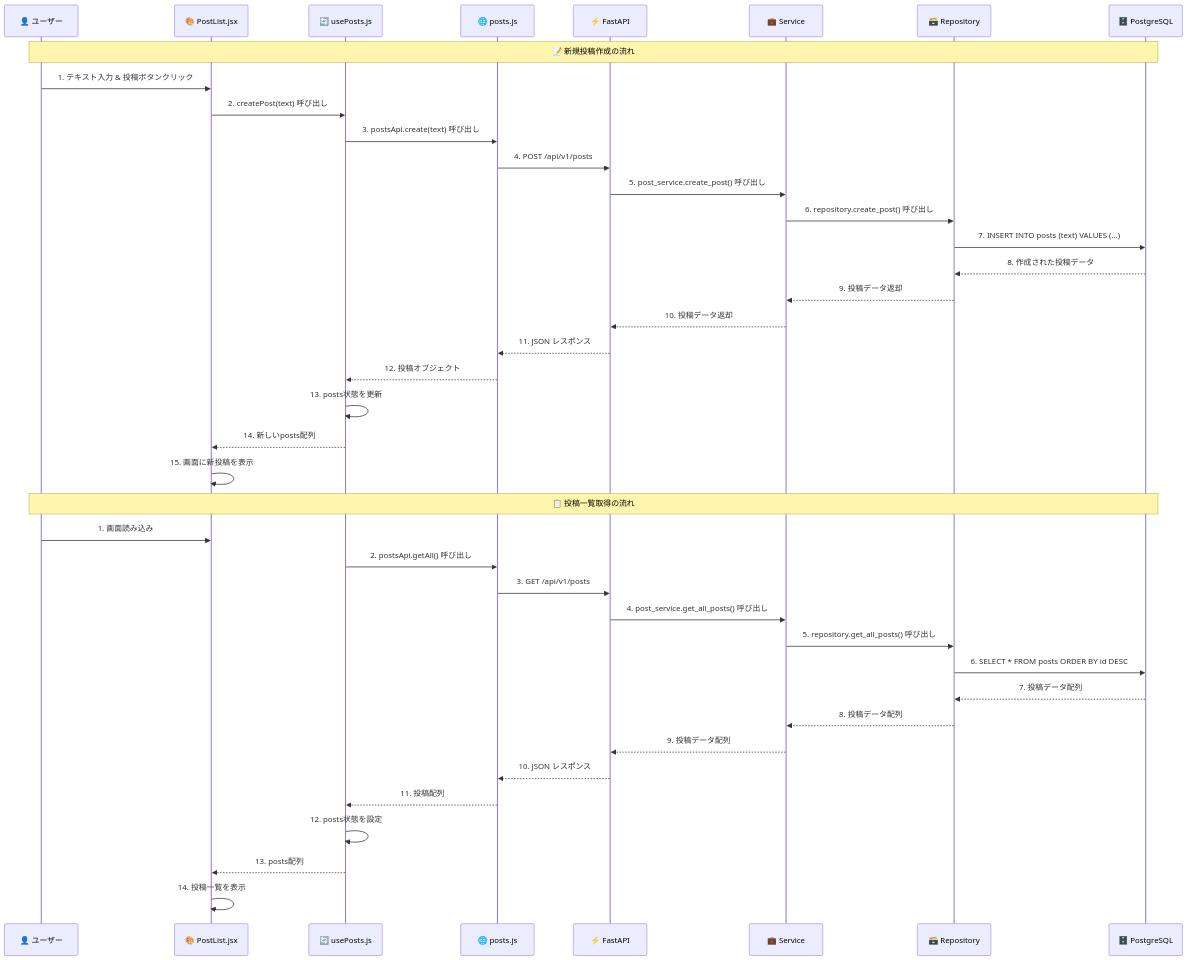
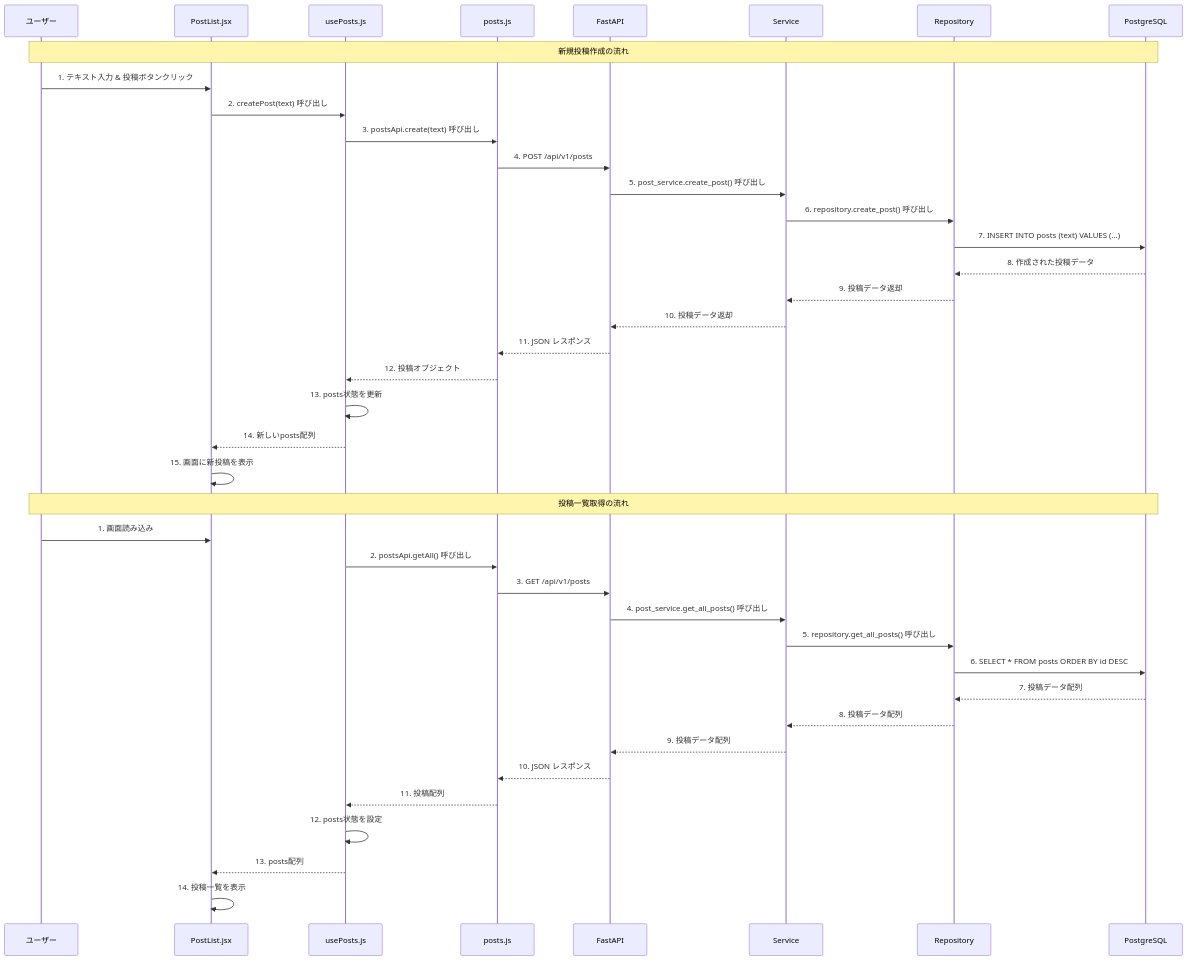
The third of 29 diagrams in lecture-materials.md (KITA-DS12/web-app-simple), drawn with Mermaid before and after one commit. The commit also changed other lines of this file, not shown here.

````diff
--- a/lecture-materials.md
+++ b/lecture-materials.md
@@ -170,46 +170,46 @@
 ```mermaid
 sequenceDiagram
-    participant U as 👤 ユーザー
-    participant UI as 🎨 PostList.jsx
-    participant H as 🔄 usePosts.js
-    participant A as 🌐 posts.js
-    participant F as ⚡ FastAPI
-    participant S as 💼 Service
-    participant R as 🗃️ Repository
-    participant D as 🗄️ PostgreSQL
+    participant U as ユーザー
+    participant UI as PostList.jsx
+    participant H as usePosts.js
+    participant A as posts.js
+    participant F as FastAPI
+    participant S as Service
+    participant R as Repository
+    participant D as PostgreSQL
 
-    Note over U,D: 📝 新規投稿作成の流れ
+    Note over U,D: 新規投稿作成の流れ
 
     U->>UI: 1. テキスト入力 & 投稿ボタンクリック
     UI->>H: 2. createPost(text) 呼び出し
     H->>A: 3. postsApi.create(text) 呼び出し
     A->>F: 4. POST /api/v1/posts
     F->>S: 5. post_service.create_post() 呼び出し
     S->>R: 6. repository.create_post() 呼び出し
     R->>D: 7. INSERT INTO posts (text) VALUES (...)
     D-->>R: 8. 作成された投稿データ
     R-->>S: 9. 投稿データ返却
     S-->>F: 10. 投稿データ返却
     F-->>A: 11. JSON レスポンス
     A-->>H: 12. 投稿オブジェクト
     H->>H: 13. posts状態を更新
     H-->>UI: 14. 新しいposts配列
     UI->>UI: 15. 画面に新投稿を表示
 
-    Note over U,D: 📋 投稿一覧取得の流れ
+    Note over U,D: 投稿一覧取得の流れ
 
     U->>UI: 1. 画面読み込み
     H->>A: 2. postsApi.getAll() 呼び出し
     A->>F: 3. GET /api/v1/posts
     F->>S: 4. post_service.get_all_posts() 呼び出し
     S->>R: 5. repository.get_all_posts() 呼び出し
     R->>D: 6. SELECT * FROM posts ORDER BY id DESC
     D-->>R: 7. 投稿データ配列
     R-->>S: 8. 投稿データ配列
     S-->>F: 9. 投稿データ配列
     F-->>A: 10. JSON レスポンス
     A-->>H: 11. 投稿配列
     H->>H: 12. posts状態を設定
     H-->>UI: 13. posts配列
     UI->>UI: 14. 投稿一覧を表示
 ```
````
